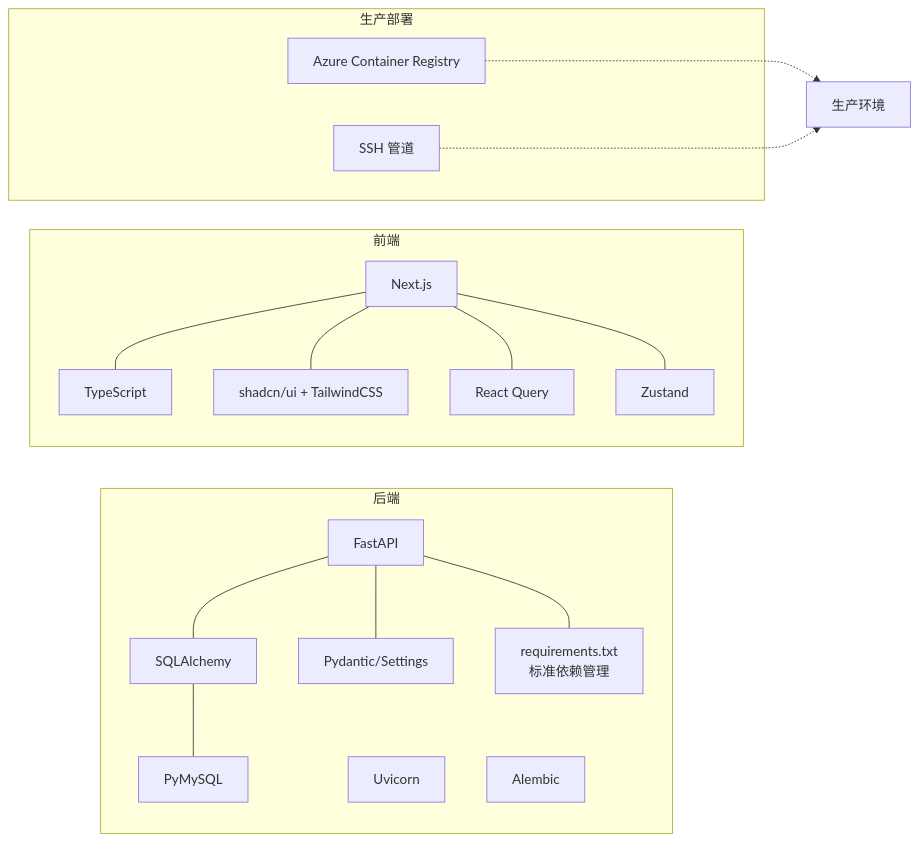
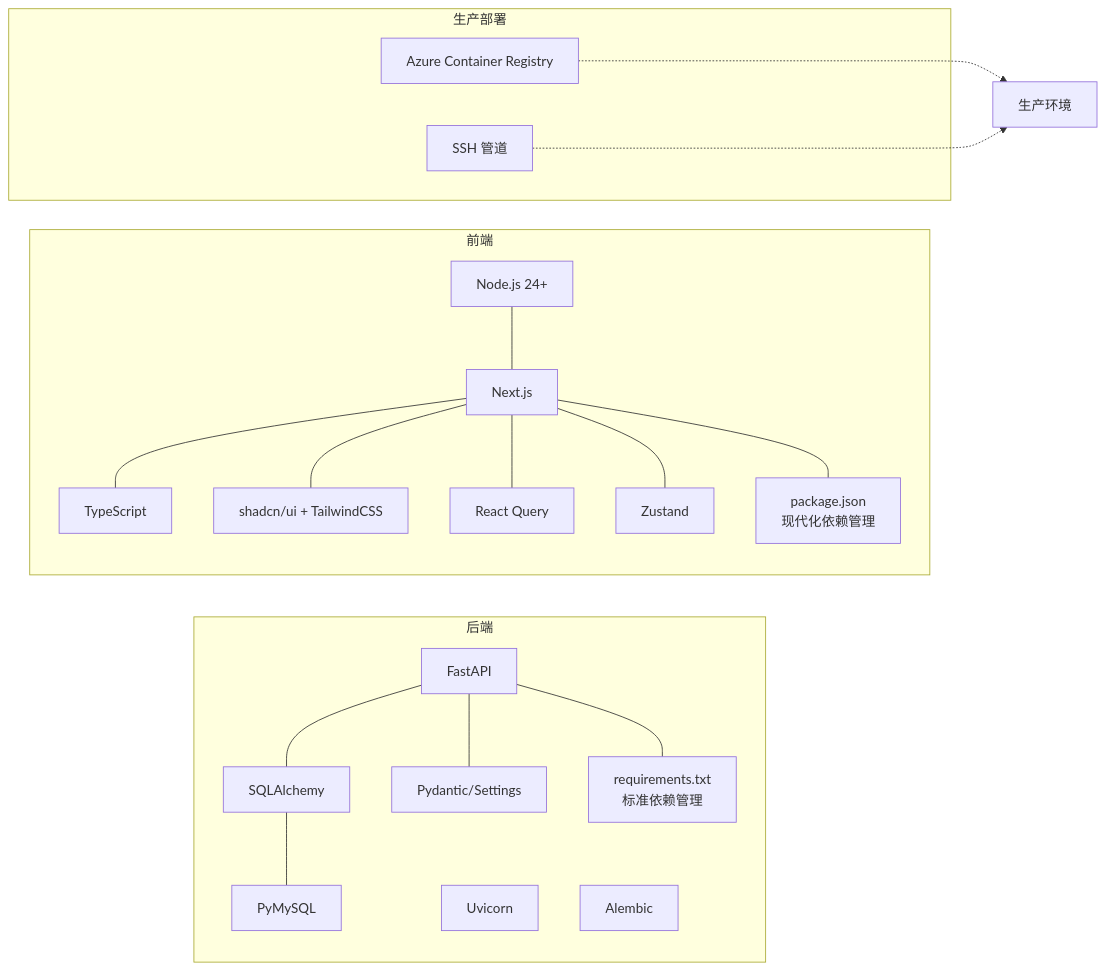
One commit to gujialind/InvestRing changed the third of 3 diagrams in .qoder/repowiki/zh/content/开发指南/环境搭建.md. Above: the diagram before and after it, drawn with Mermaid. The commit also changed other lines of this file and 32 other files, not shown here.

````diff
--- a/.qoder/repowiki/zh/content/开发指南/环境搭建.md
+++ b/.qoder/repowiki/zh/content/开发指南/环境搭建.md
@@ -230,33 +233,37 @@
 ```mermaid
 graph LR
 subgraph "后端"
 Py_FastAPI["FastAPI"]
 Py_SQLA["SQLAlchemy"]
 Py_Pyd["Pydantic/Settings"]
 Py_Uvicorn["Uvicorn"]
 Py_Alembic["Alembic"]
 Py_DB_Driver["PyMySQL"]
 Py_Req["requirements.txt<br/>标准依赖管理"]
 end
 subgraph "前端"
+JS_Node["Node.js 24+"]
 JS_Next["Next.js"]
 JS_TS["TypeScript"]
 JS_UI["shadcn/ui + TailwindCSS"]
 JS_Query["React Query"]
 JS_Store["Zustand"]
+JS_Pkg["package.json<br/>现代化依赖管理"]
 end
 subgraph "生产部署"
 ACR["Azure Container Registry"]
 SSH["SSH 管道"]
 end
 Py_FastAPI --- Py_SQLA
 Py_FastAPI --- Py_Pyd
 Py_SQLA --- Py_DB_Driver
 Py_FastAPI --- Py_Req
+JS_Node --- JS_Next
 JS_Next --- JS_TS
 JS_Next --- JS_UI
 JS_Next --- JS_Query
 JS_Next --- JS_Store
+JS_Next --- JS_Pkg
 ACR -.-> 生产环境
 SSH -.-> 生产环境
 ```
````
